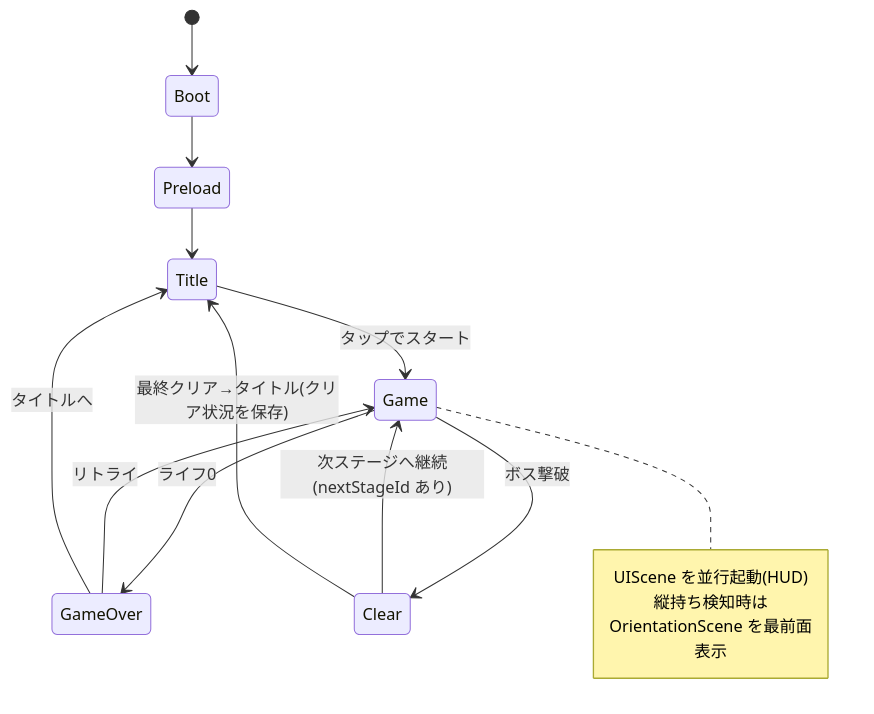
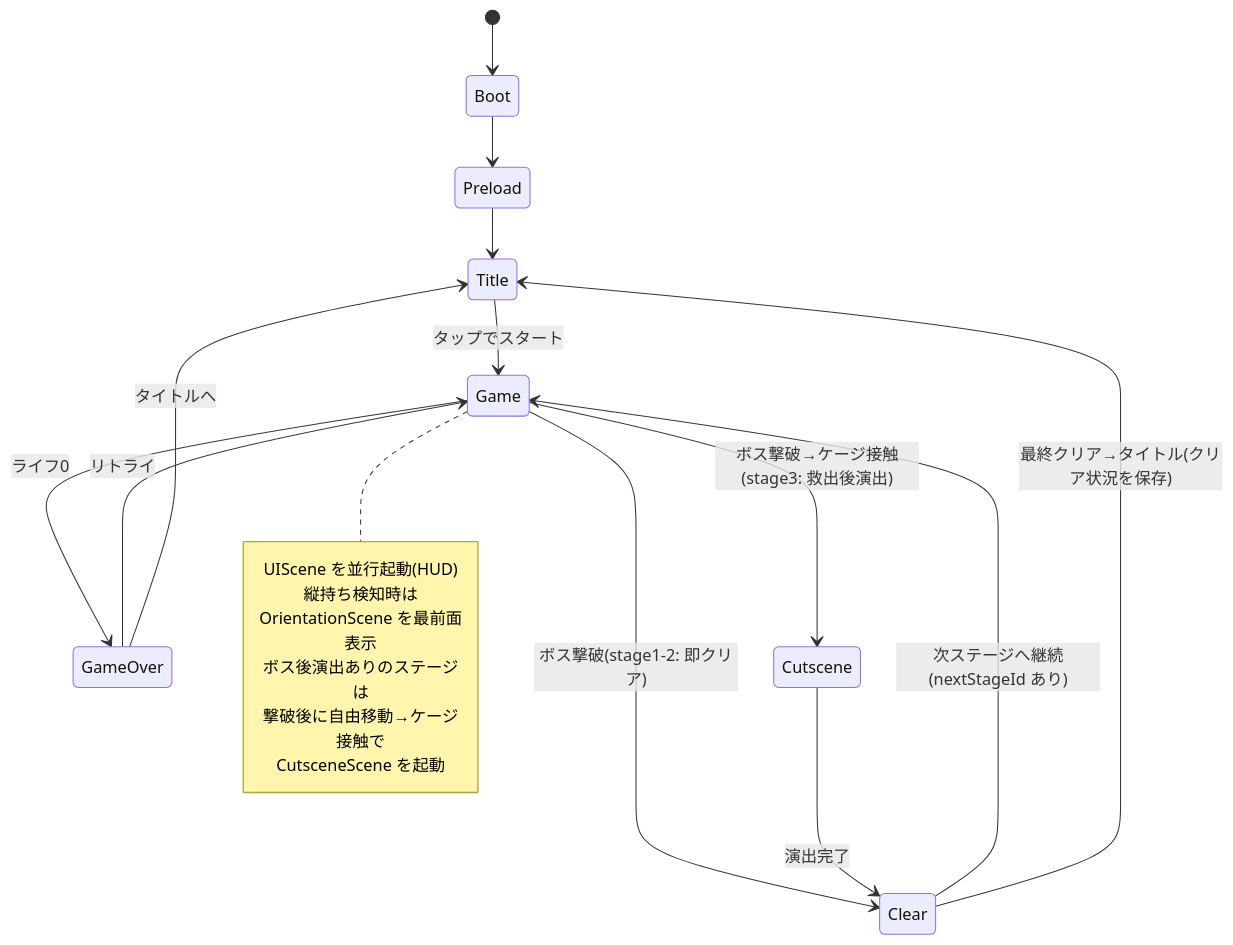
One commit to n-yata/last-spark changed the second of 4 diagrams in docs/functional-design.md. Above: the diagram before and after it, drawn with Mermaid. The commit also changed other lines of this file and 19 other files, not shown here.

````diff
--- a/docs/functional-design.md
+++ b/docs/functional-design.md
@@ -316,19 +321,24 @@
 ```mermaid
 stateDiagram-v2
     [*] --> Boot
     Boot --> Preload
     Preload --> Title
     Title --> Game: タップでスタート
     Game --> GameOver: ライフ0
-    Game --> Clear: ボス撃破
+    Game --> Clear: ボス撃破(stage1-2: 即クリア)
+    Game --> Cutscene: ボス撃破→ケージ接触(stage3: 救出後演出)
+    Cutscene --> Clear: 演出完了
     GameOver --> Game: リトライ
     GameOver --> Title: タイトルへ
     Clear --> Game: 次ステージへ継続(nextStageId あり)
     Clear --> Title: 最終クリア→タイトル(クリア状況を保存)
 
     note right of Game
         UIScene を並行起動(HUD)
         縦持ち検知時は
         OrientationScene を最前面表示
+        ボス後演出ありのステージは
+        撃破後に自由移動→ケージ接触で
+        CutsceneScene を起動
     end note
 ```
````
